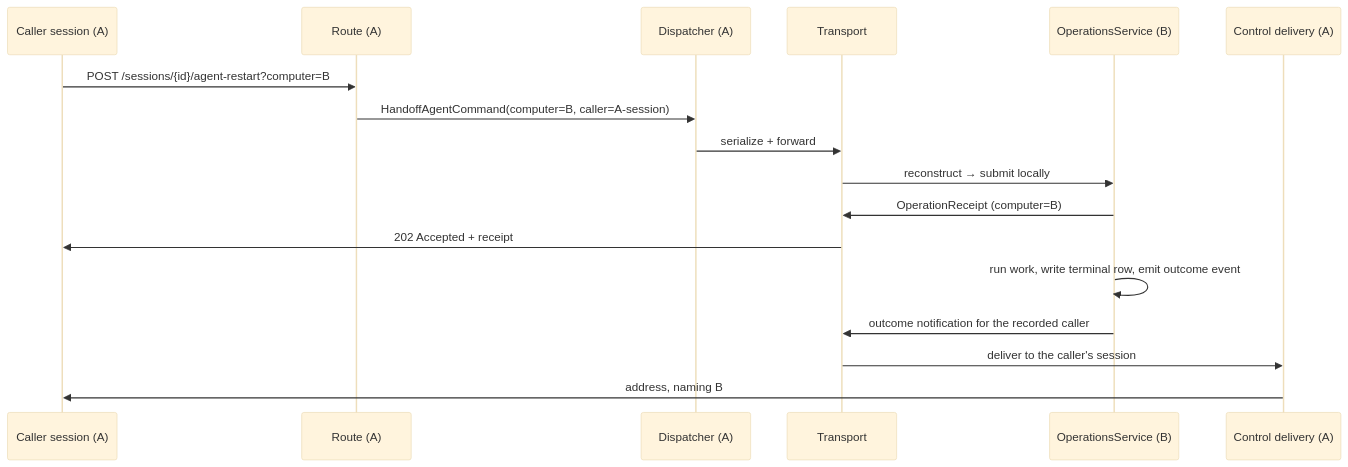
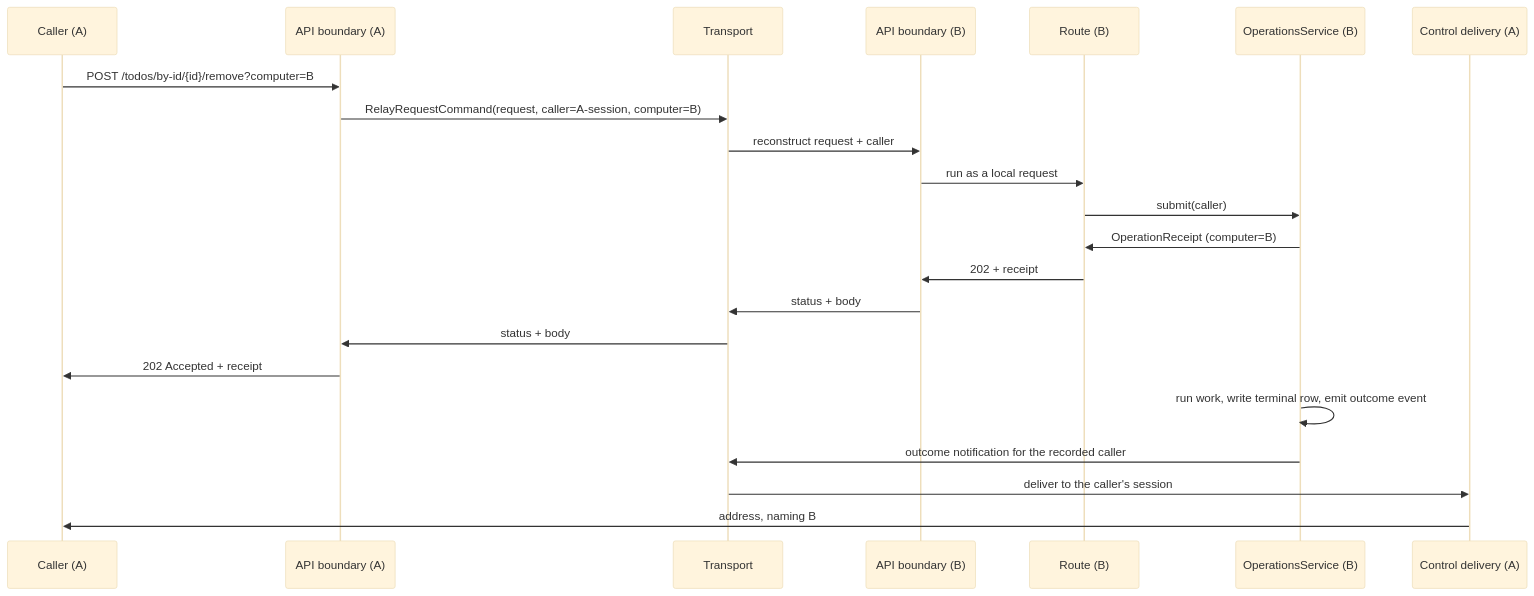
Before and after one commit to InstruktAI/TeleClaude: the fourth of 4 diagrams in docs/local/design/architecture/command-classification.md, drawn with Mermaid (base theme). The commit also changed other lines of this file and 9 other files, not shown here.

First line of the commit message:
chore(docs): reconcile lifecycle markers for relay-computer-addressed-requests

````diff
--- a/docs/local/design/architecture/command-classification.md
+++ b/docs/local/design/architecture/command-classification.md
@@ -230,20 +290,25 @@
 ```mermaid
 sequenceDiagram
-    participant Caller as Caller session (A)
-    participant RouteA as Route (A)
-    participant DispatchA as Dispatcher (A)
+    participant Caller as Caller (A)
+    participant BoundaryA as API boundary (A)
     participant Transport
+    participant BoundaryB as API boundary (B)
+    participant RouteB as Route (B)
     participant OpsB as OperationsService (B)
     participant DeliveryA as Control delivery (A)
 
-    Caller->>RouteA: POST /sessions/{id}/agent-restart?computer=B
-    RouteA->>DispatchA: HandoffAgentCommand(computer=B, caller=A-session)
-    DispatchA->>Transport: serialize + forward
-    Transport->>OpsB: reconstruct → submit locally
-    OpsB->>Transport: OperationReceipt (computer=B)
-    Transport->>Caller: 202 Accepted + receipt
+    Caller->>BoundaryA: POST /todos/by-id/{id}/remove?computer=B
+    BoundaryA->>Transport: RelayRequestCommand(request, caller=A-session, computer=B)
+    Transport->>BoundaryB: reconstruct request + caller
+    BoundaryB->>RouteB: run as a local request
+    RouteB->>OpsB: submit(caller)
+    OpsB->>RouteB: OperationReceipt (computer=B)
+    RouteB->>BoundaryB: 202 + receipt
+    BoundaryB->>Transport: status + body
+    Transport->>BoundaryA: status + body
+    BoundaryA->>Caller: 202 Accepted + receipt
     OpsB->>OpsB: run work, write terminal row, emit outcome event
     OpsB->>Transport: outcome notification for the recorded caller
     Transport->>DeliveryA: deliver to the caller's session
     DeliveryA->>Caller: address, naming B
 ```
````
